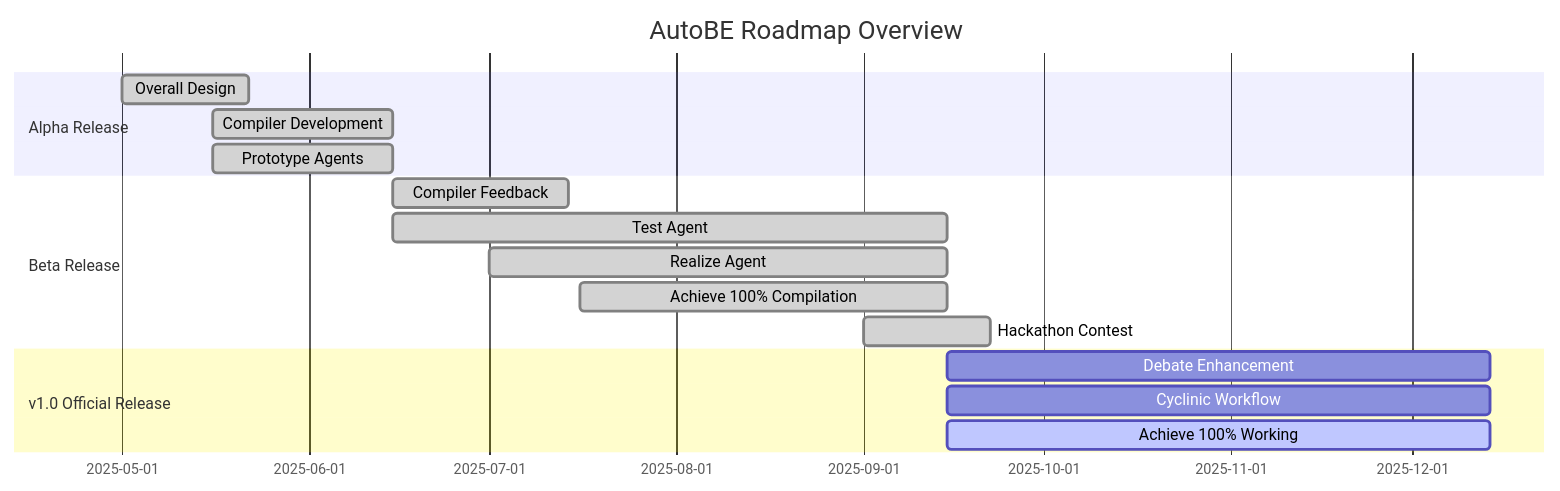
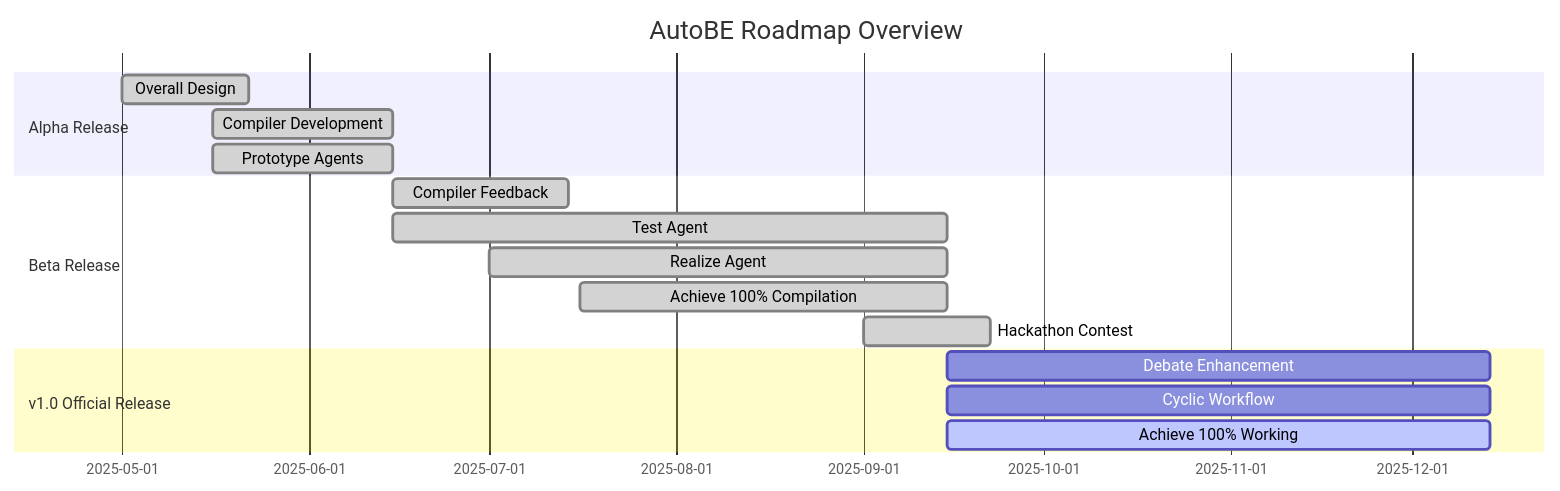
The second of 2 diagrams in README.md (wrtnlabs/autobe), drawn with Mermaid before and after one commit.

````diff
--- a/README.md
+++ b/README.md
@@ -115,22 +115,22 @@
 ```mermaid
 gantt
   dateFormat YYYY-MM-DD
   title AutoBE Roadmap Overview
 
   section Alpha Release
   Overall Design: done, 2025-05-01, 21d
   Compiler Development: done, 2025-05-16, 30d
   Prototype Agents: done, 2025-05-16, 30d
 
   section Beta Release
   Compiler Feedback: done, 2025-06-15, 29d
   Test Agent: done, 2025-06-15, 92d
   Realize Agent: done, 2025-07-01, 76d
   Achieve 100% Compilation: done, 2025-07-16, 61d
   Hackathon Contest: done, 2025-09-01, 21d
 
   section v1.0 Official Release
   Debate Enhancement: planned, 2025-09-15, 90d
-  Cyclinic Workflow: planned, 2025-09-15, 90d
+  Cyclic Workflow: planned, 2025-09-15, 90d
   Achieve 100% Working: active, 2025-09-15, 90d
 ```
````
